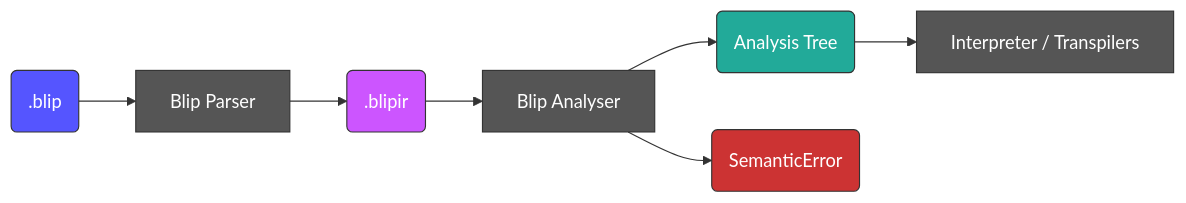
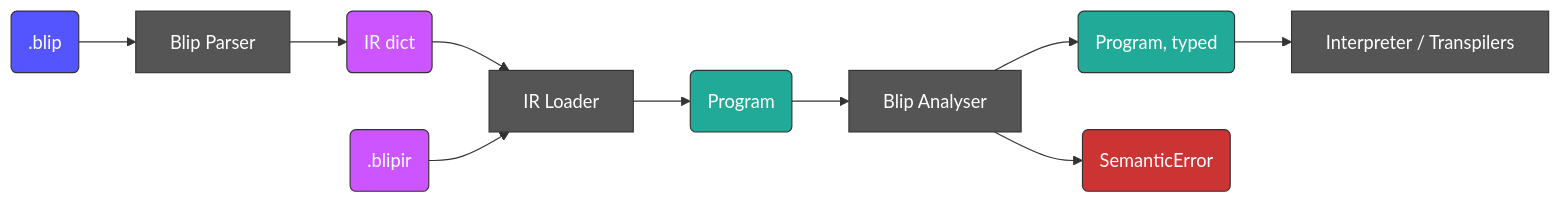
Before and after one commit to psysrc/blip: the diagram in docs/design_analysis.md, drawn with Mermaid. The commit also changed other lines of this file and 1 other file, not shown here.

Commit message:
Updated analysis design doc

````diff
--- a/docs/design_analysis.md
+++ b/docs/design_analysis.md
@@ -12,22 +19,29 @@
 ```mermaid
 flowchart LR
     blip(.blip)
     blipir(.blipir)
     parser[Blip Parser]
+    load[IR Loader]
     analyser[Blip Analyser]
-    tree(Analysis Tree)
+    tree(Program)
+    typed(Program, typed)
     err(SemanticError)
     consumers[Interpreter / Transpilers]
 
-    blip --> parser --> blipir --> analyser
-    analyser --> tree --> consumers
+    blip --> parser --> parsed(IR dict) --> load
+    blipir --> load
+    load --> tree --> analyser
+    analyser --> typed --> consumers
     analyser --> err
 
     style blip fill:#55f,color:#fff,stroke:#333
     style blipir fill:#c5f,color:#fff,stroke:#333
+    style parsed fill:#c5f,color:#fff,stroke:#333
     style parser fill:#555,color:#fff,stroke:#333
+    style load fill:#555,color:#fff,stroke:#333
     style analyser fill:#555,color:#fff,stroke:#333
     style tree fill:#2a9,color:#fff,stroke:#333
+    style typed fill:#2a9,color:#fff,stroke:#333
     style consumers fill:#555,color:#fff,stroke:#333
     style err fill:#c33,color:#fff,stroke:#333
 ```
````
